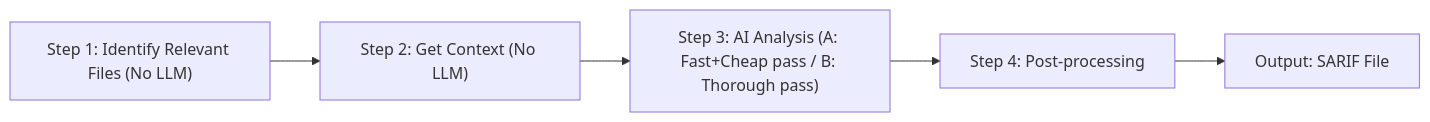
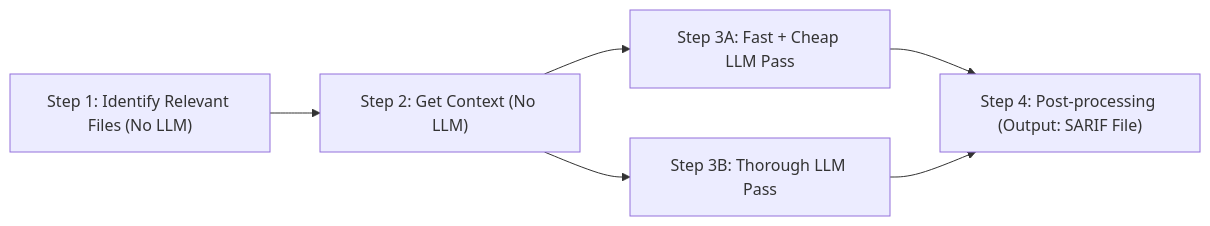
The diagram in datadog-illuminated/09-how-to-use-ai-to-find-security-flaws-in-static-code/notes.md (wiggitywhitney/board-notes), drawn with Mermaid before and after one commit. The commit also changed other lines of this file, not shown here.

````diff
--- a/datadog-illuminated/09-how-to-use-ai-to-find-security-flaws-in-static-code/notes.md
+++ b/datadog-illuminated/09-how-to-use-ai-to-find-security-flaws-in-static-code/notes.md
@@ -83,7 +89,8 @@
 ```mermaid
 flowchart LR
     Step1["Step 1: Identify Relevant Files (No LLM)"] --> Step2["Step 2: Get Context (No LLM)"]
-    Step2 --> Step3["Step 3: AI Analysis (A: Fast+Cheap pass / B: Thorough pass)"]
-    Step3 --> Step4["Step 4: Post-processing"]
-    Step4 --> SARIF["Output: SARIF File"]
+    Step2 --> Step3A["Step 3A: Fast + Cheap LLM Pass"]
+    Step2 --> Step3B["Step 3B: Thorough LLM Pass"]
+    Step3A --> Step4["Step 4: Post-processing (Output: SARIF File)"]
+    Step3B --> Step4
 ```
````
